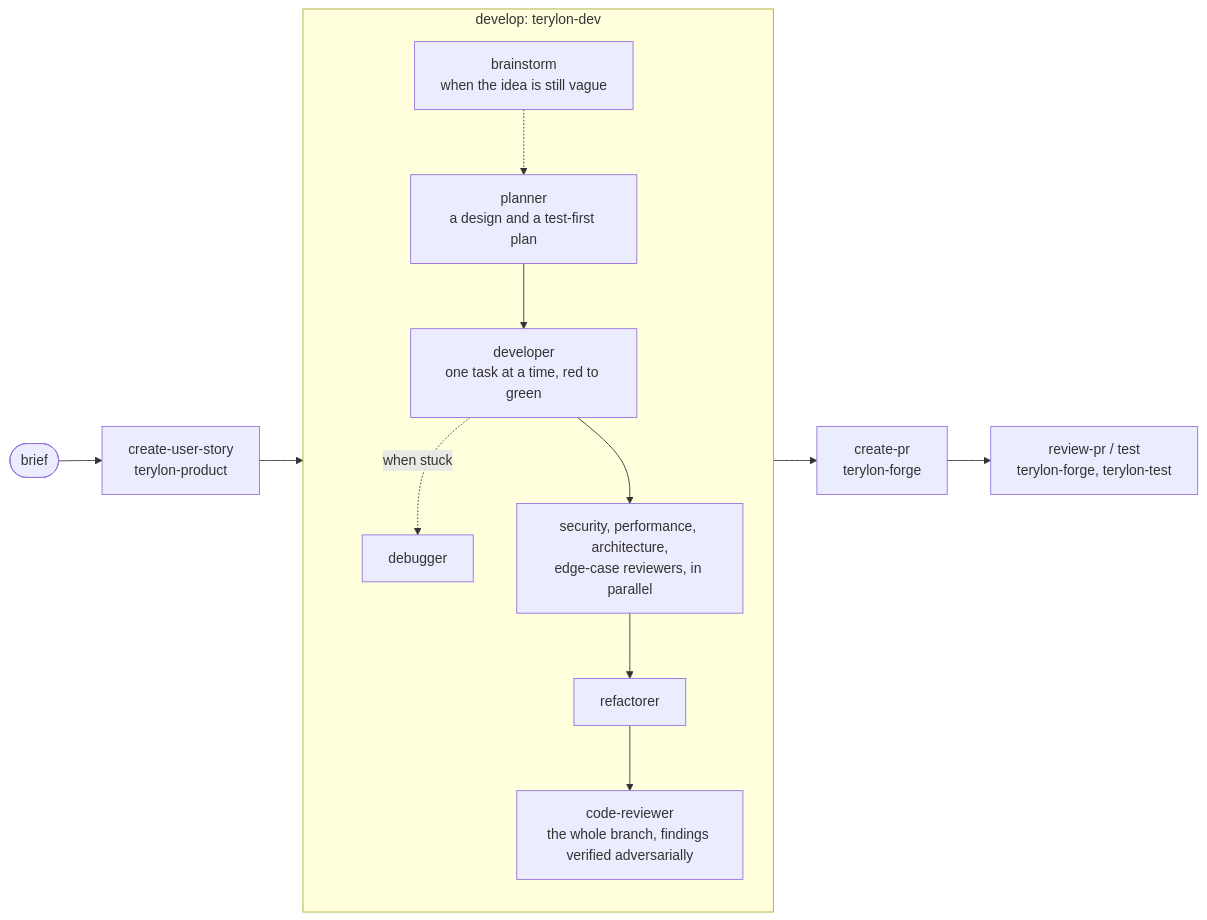
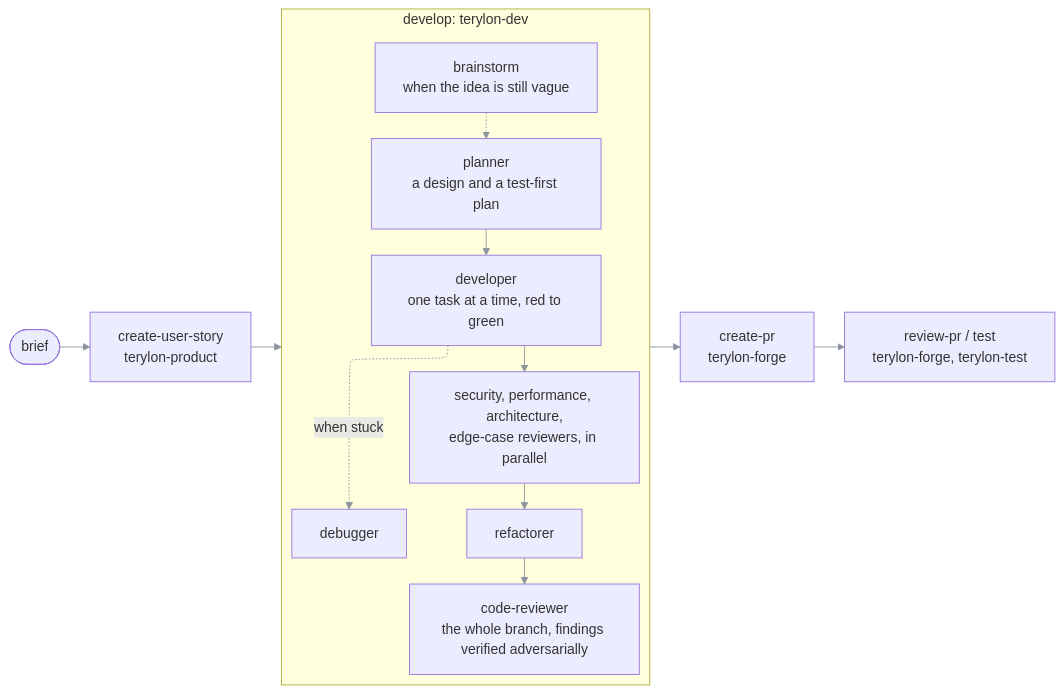
Before and after one commit to janecekvit/terylon-marketplace: the first of 2 diagrams in README.md, drawn with Mermaid. The commit also changed other lines of this file and 17 other files, not shown here.

First line of the commit message:
Draw the architecture in Mermaid (ELK) instead of D2 (#37)

````diff
--- a/README.md
+++ b/README.md
@@ -48,25 +47,41 @@
 ```mermaid
+---
+config:
+  layout: elk
+  flowchart:
+    padding: 16
+---
 flowchart LR
     subgraph develop ["develop: terylon-dev"]
         direction TB
-        brainstorm["brainstorm<br/>when the idea is still vague"]
-        planner["planner<br/>a design and a test-first plan"]
-        developer["developer<br/>one task at a time, red to green"]
+        brainstorm["`brainstorm
+when the idea is still vague`"]
+        planner["`planner
+a design and a test-first plan`"]
+        developer["`developer
+one task at a time, red to green`"]
         debugger["debugger"]
-        reviewers["security, performance, architecture,<br/>edge-case reviewers, in parallel"]
+        reviewers["`security, performance, architecture,
+edge-case reviewers, in parallel`"]
         refactorer["refactorer"]
-        codeReviewer["code-reviewer<br/>the whole branch, findings verified adversarially"]
+        codeReviewer["`code-reviewer
+the whole branch, findings verified adversarially`"]
 
         brainstorm -.-> planner
         planner --> developer
         developer -. "when stuck" .-> debugger
         developer --> reviewers
         reviewers --> refactorer
         refactorer --> codeReviewer
     end
 
-    brief([brief]) --> createUserStory["create-user-story<br/>terylon-product"]
+    brief([brief]) --> createUserStory["`create-user-story
+terylon-product`"]
     createUserStory --> develop
-    develop --> createPr["create-pr<br/>terylon-forge"]
-    createPr --> reviewAndTest["review-pr / test<br/>terylon-forge, terylon-test"]
+    develop --> createPr["`create-pr
+terylon-forge`"]
+    createPr --> reviewAndTest["`review-pr / test
+terylon-forge, terylon-test`"]
+
+    linkStyle default stroke:#8B949E
 ```
````
